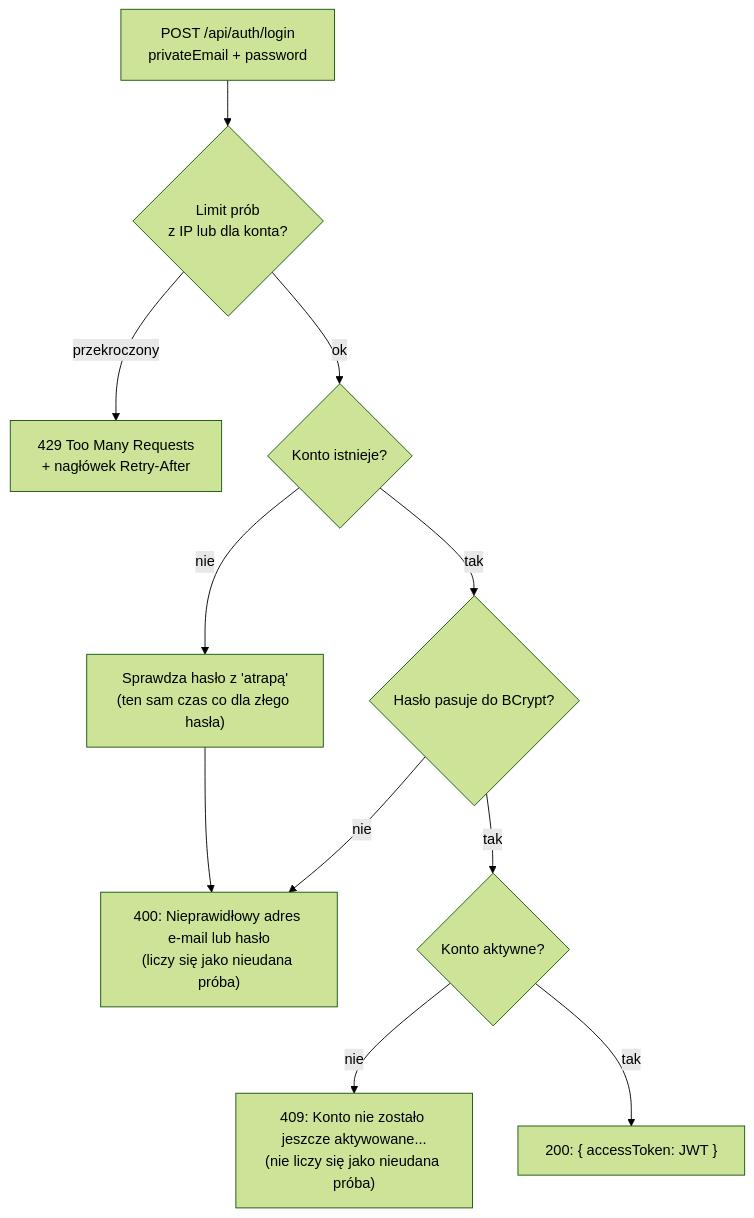
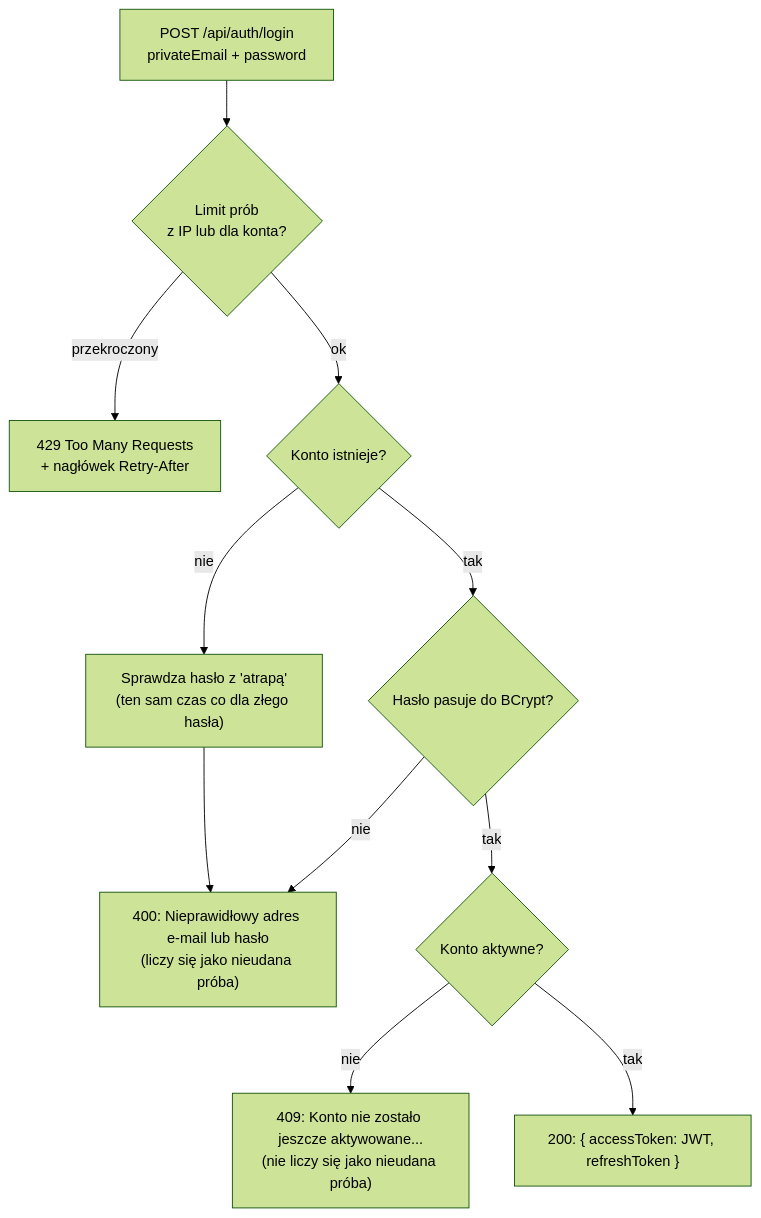
One commit to YellowHand/tutlaw-backend changed the second of 4 diagrams in docs/03-bezpieczenstwo-i-konta.md. Above: the diagram before and after it, drawn with Mermaid (forest theme). The commit also changed other lines of this file and 82 other files, not shown here.

````diff
--- a/docs/03-bezpieczenstwo-i-konta.md
+++ b/docs/03-bezpieczenstwo-i-konta.md
@@ -69,12 +71,12 @@
 ```mermaid
 flowchart TD
     A["POST /api/auth/login<br/>privateEmail + password"] --> B{"Limit prób<br/>z IP lub dla konta?"}
     B -- "przekroczony" --> X429["429 Too Many Requests<br/>+ nagłówek Retry-After"]
     B -- "ok" --> C{"Konto istnieje?"}
     C -- "nie" --> D["Sprawdza hasło z 'atrapą'<br/>(ten sam czas co dla złego hasła)"] --> E400["400: Nieprawidłowy adres e-mail lub hasło<br/>(liczy się jako nieudana próba)"]
     C -- "tak" --> F{"Hasło pasuje do BCrypt?"}
     F -- "nie" --> E400
     F -- "tak" --> G{"Konto aktywne?"}
     G -- "nie" --> E409["409: Konto nie zostało jeszcze aktywowane...<br/>(nie liczy się jako nieudana próba)"]
-    G -- "tak" --> H["200: { accessToken: JWT }"]
+    G -- "tak" --> H["200: { accessToken: JWT, refreshToken }"]
 ```
````
